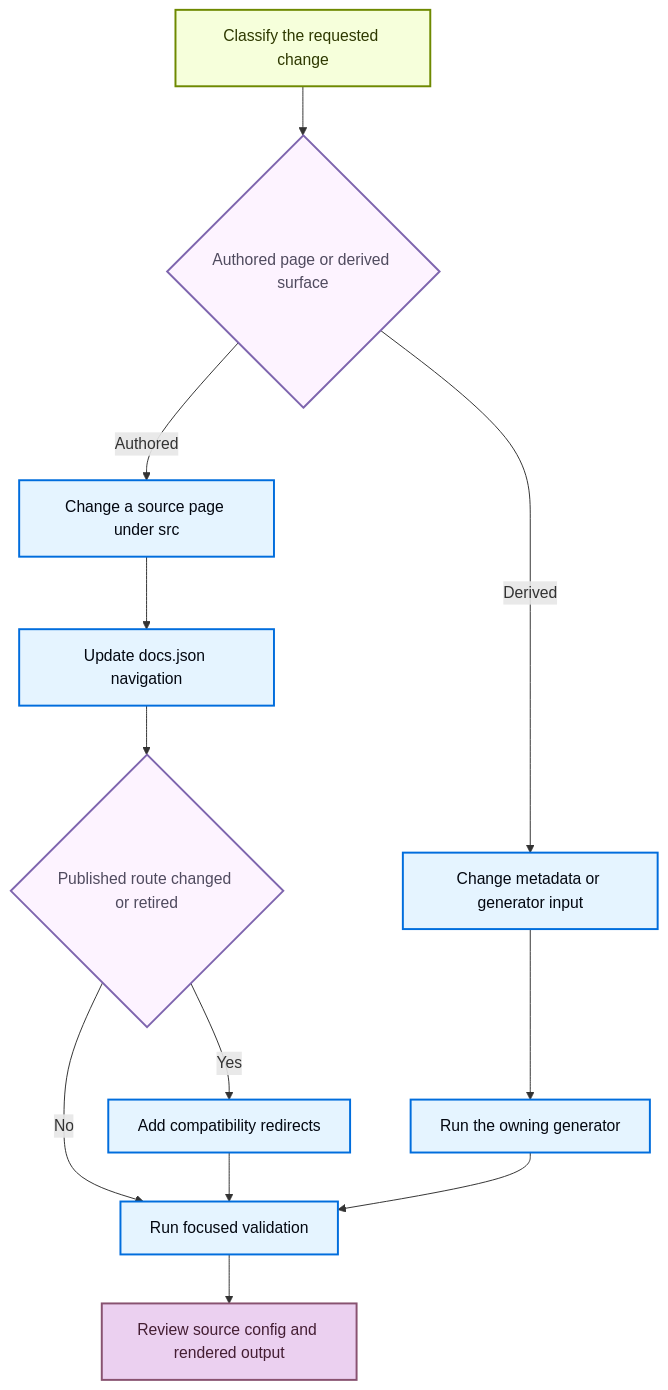
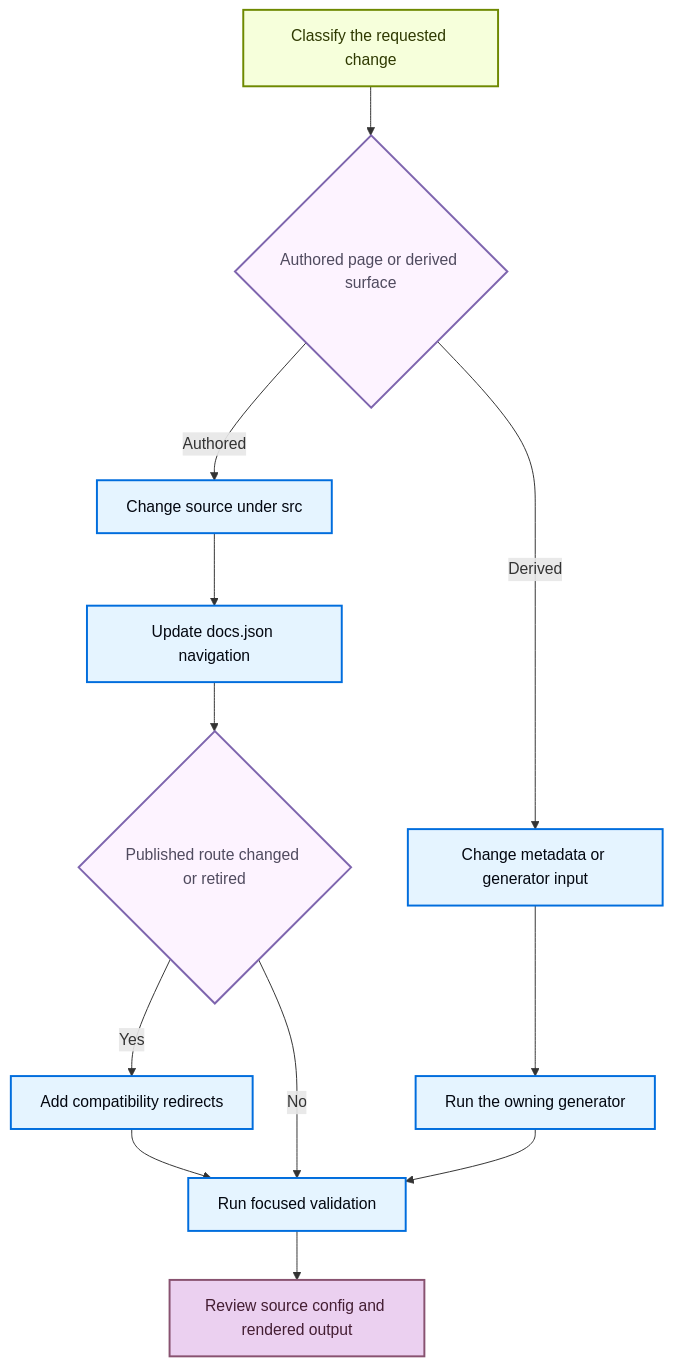
The diagram in openwiki/operations/adding-pages.md (langchain-ai/docs), drawn with Mermaid before and after one commit. The commit also changed other lines of this file and 15 other files, not shown here.

````diff
--- a/openwiki/operations/adding-pages.md
+++ b/openwiki/operations/adding-pages.md
@@ -49,22 +49,22 @@
 ```mermaid
 flowchart TD
     Start["Classify the requested change"] --> Owner{"Authored page or derived surface"}
-    Owner -->|"Authored"| Source["Change a source page under src"]
+    Owner -->|"Authored"| Source["Change source under src"]
     Owner -->|"Derived"| Input["Change metadata or generator input"]
     Source --> Nav["Update docs.json navigation"]
-    Input --> Generate["Run the owning generator"]
     Nav --> Route{"Published route changed or retired"}
     Route -->|"Yes"| Redirect["Add compatibility redirects"]
     Route -->|"No"| Check["Run focused validation"]
+    Input --> Generate["Run the owning generator"]
+    Generate --> Check
     Redirect --> Check
-    Generate --> Check
     Check --> Review["Review source config and rendered output"]
     classDef process fill:#E5F4FF,stroke:#006DDD,stroke-width:2px,color:#030710
     classDef trigger fill:#F6FFDB,stroke:#6E8900,stroke-width:2px,color:#2E3900
     classDef decision fill:#FDF3FF,stroke:#7E65AE,stroke-width:2px,color:#504B5F
     classDef output fill:#EBD0F0,stroke:#885270,stroke-width:2px,color:#441E33
     class Start trigger
     class Owner,Route decision
     class Source,Input,Nav,Generate,Redirect,Check process
     class Review output
 ```
````
